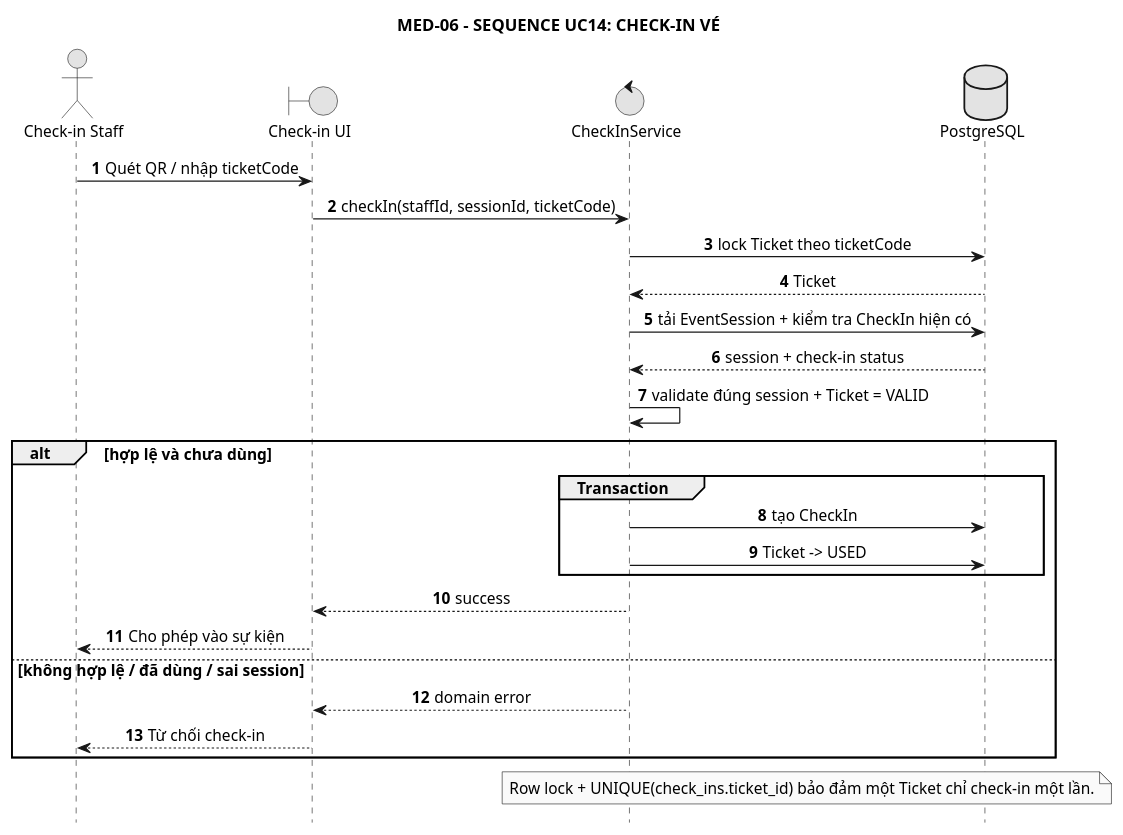
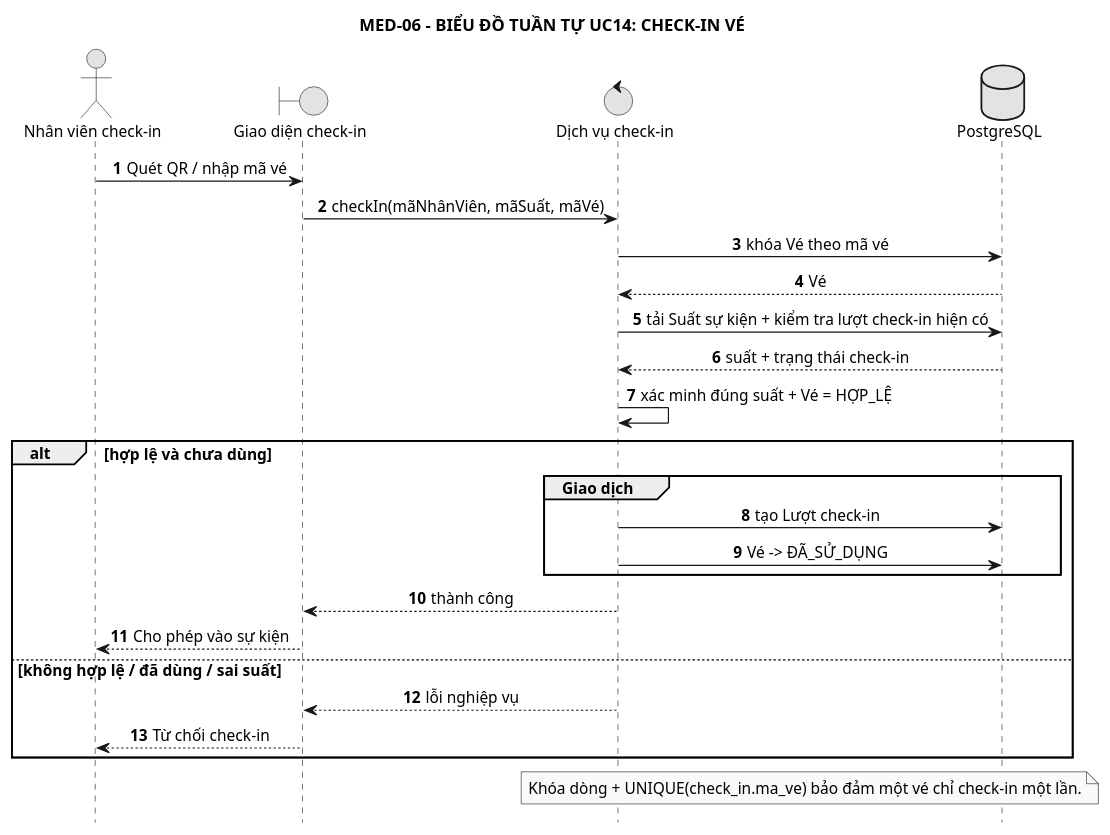
Before and after one commit to anh632k-ui/OOP-DoAn: the diagram in PTTK/05_Sequence/04-uc14-check-in.puml, drawn with PlantUML.

Commit message:
docs(tv): Việt hóa sơ đồ PTTK động

```diff
--- a/PTTK/05_Sequence/04-uc14-check-in.puml
+++ b/PTTK/05_Sequence/04-uc14-check-in.puml
@@ -1,42 +1,41 @@
 @startuml
 skinparam monochrome true
 skinparam shadowing false
 skinparam defaultFontSize 13
 skinparam sequenceMessageAlign center
 skinparam responseMessageBelowArrow true
 hide footbox
 
-title MED-06 - SEQUENCE UC14: CHECK-IN VÉ
+title MED-06 - BIỂU ĐỒ TUẦN TỰ UC14: CHECK-IN VÉ
 
-actor "Check-in Staff" as Staff
-boundary "Check-in UI" as UI
-control "CheckInService" as CS
-database "PostgreSQL" as DB
+actor "Nhân viên check-in" as NV
+boundary "Giao diện check-in" as UI
+control "Dịch vụ check-in" as CI
+database "PostgreSQL" as CSDL
 
 autonumber
-Staff -> UI : Quét QR / nhập ticketCode
-UI -> CS : checkIn(staffId, sessionId, ticketCode)
+NV -> UI : Quét QR / nhập mã vé
+UI -> CI : checkIn(mãNhânViên, mãSuất, mãVé)
 
-CS -> DB : lock Ticket theo ticketCode
-DB --> CS : Ticket
-CS -> DB : tải EventSession + kiểm tra CheckIn hiện có
-DB --> CS : session + check-in status
-CS -> CS : validate đúng session + Ticket = VALID
+CI -> CSDL : khóa Vé theo mã vé
+CSDL --> CI : Vé
+CI -> CSDL : tải Suất sự kiện + kiểm tra lượt check-in hiện có
+CSDL --> CI : suất + trạng thái check-in
+CI -> CI : xác minh đúng suất + Vé = HỢP_LỆ
 
 alt hợp lệ và chưa dùng
-  group Transaction
-    CS -> DB : tạo CheckIn
-    CS -> DB : Ticket -> USED
+  group Giao dịch
+    CI -> CSDL : tạo Lượt check-in
+    CI -> CSDL : Vé -> ĐÃ_SỬ_DỤNG
   end
-  CS --> UI : success
-  UI --> Staff : Cho phép vào sự kiện
-else không hợp lệ / đã dùng / sai session
-  CS --> UI : domain error
-  UI --> Staff : Từ chối check-in
+  CI --> UI : thành công
+  UI --> NV : Cho phép vào sự kiện
+else không hợp lệ / đã dùng / sai suất
+  CI --> UI : lỗi nghiệp vụ
+  UI --> NV : Từ chối check-in
 end
 
-note over CS,DB
-Row lock + UNIQUE(check_ins.ticket_id) bảo đảm một Ticket chỉ check-in một lần.
+note over CI,CSDL
+Khóa dòng + UNIQUE(check_in.ma_ve) bảo đảm một vé chỉ check-in một lần.
 end note
-
 @enduml
```
